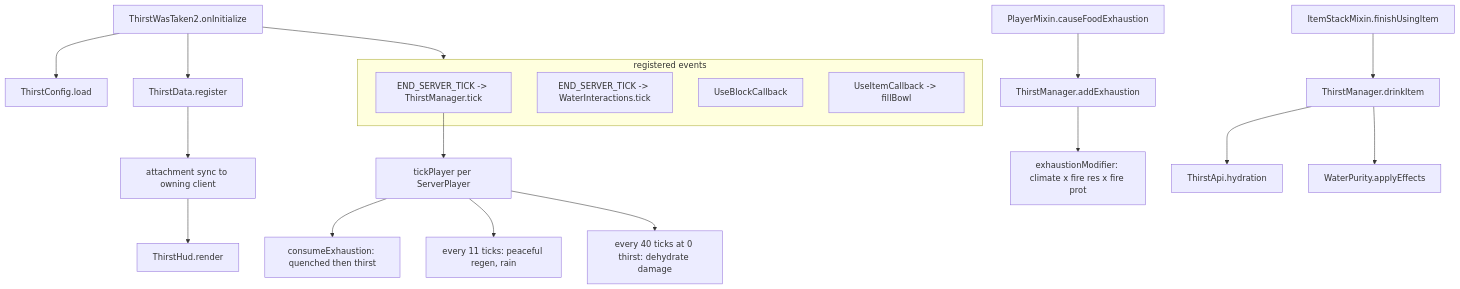
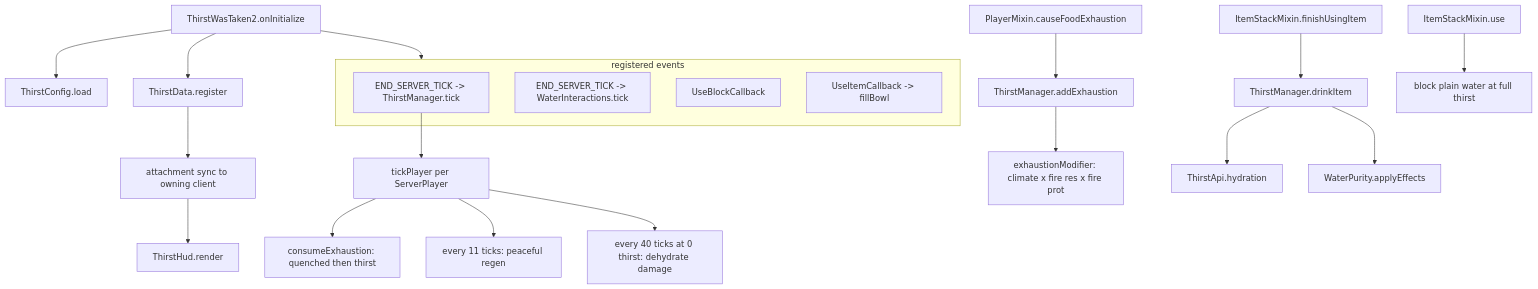
The diagram in CODEMAP.md (Nighterezi/ThirstWasTaken2), drawn with Mermaid before and after one commit. The commit also changed 31 other files, not shown here.

Commit message:
Update CHANGELOG and documentation: clarify water drinking mechanics and remove rain drinking option

````diff
--- a/CODEMAP.md
+++ b/CODEMAP.md
@@ -58,28 +58,29 @@
 ```mermaid
 flowchart TD
     Init[ThirstWasTaken2.onInitialize] --> Cfg[ThirstConfig.load]
     Init --> Attach[ThirstData.register]
     Init --> Events
 
     subgraph Events [registered events]
       Tick[END_SERVER_TICK -> ThirstManager.tick]
       Flush[END_SERVER_TICK -> WaterInteractions.tick]
       UseBlock[UseBlockCallback]
       UseItem[UseItemCallback -> fillBowl]
     end
 
     Tick --> TickPlayer[tickPlayer per ServerPlayer]
     TickPlayer --> Consume[consumeExhaustion: quenched then thirst]
-    TickPlayer --> Slow[every 11 ticks: peaceful regen, rain]
+    TickPlayer --> Slow[every 11 ticks: peaceful regen]
     TickPlayer --> Dmg[every 40 ticks at 0 thirst: dehydrate damage]
 
     Exh[PlayerMixin.causeFoodExhaustion] --> AddExh[ThirstManager.addExhaustion]
     AddExh --> Mod[exhaustionModifier: climate x fire res x fire prot]
 
+    UseDrink[ItemStackMixin.use] --> FullGuard[block plain water at full thirst]
     Eat[ItemStackMixin.finishUsingItem] --> DrinkItem[ThirstManager.drinkItem]
     DrinkItem --> Api[ThirstApi.hydration]
     DrinkItem --> Effects[WaterPurity.applyEffects]
 
     Attach --> Sync[attachment sync to owning client]
     Sync --> Hud[ThirstHud.render]
 ```
````
